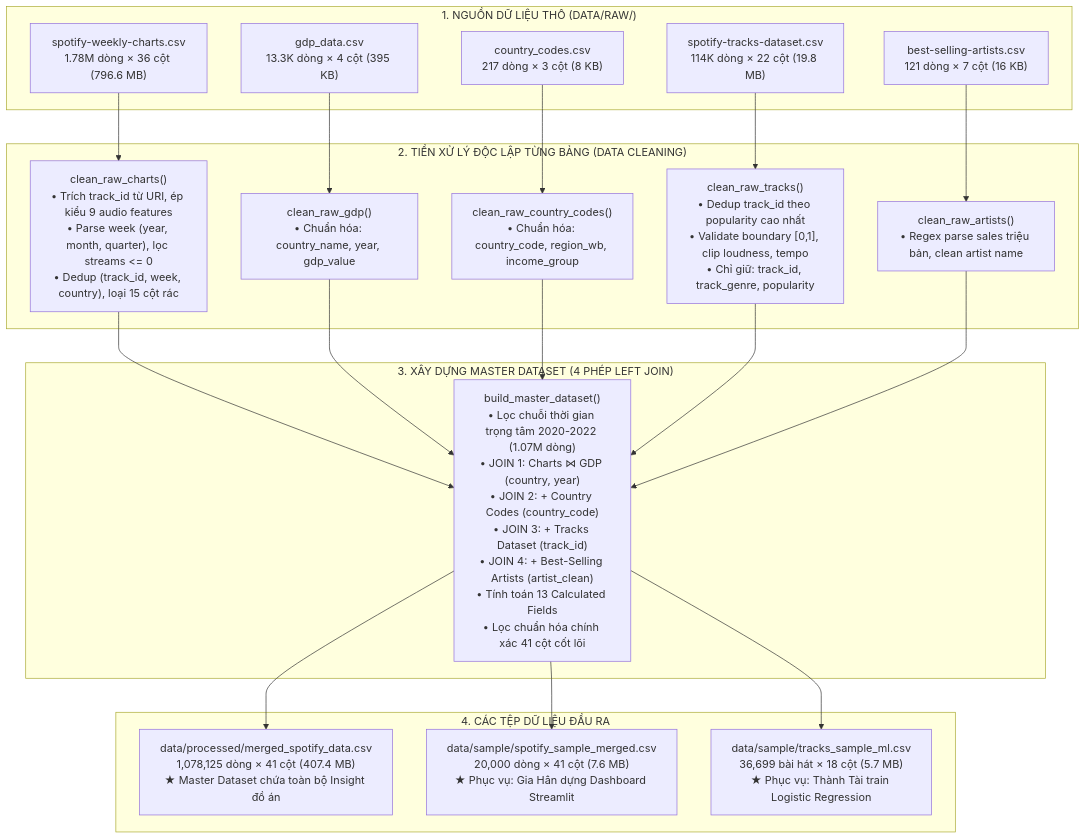
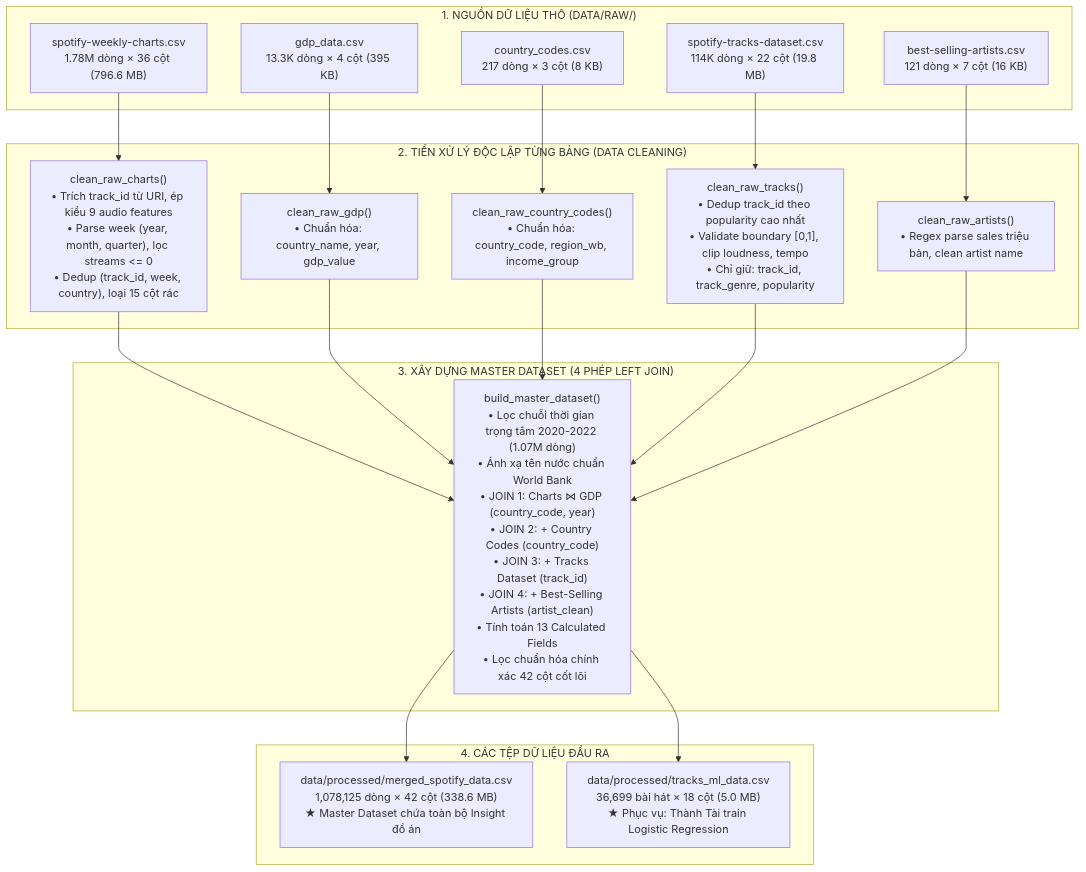
Before and after one commit to lyhiahan/Spotify_Audio_Trends_Analytics: the diagram in docs/data_processing_flow.md, drawn with Mermaid. The commit also changed other lines of this file and 12 other files, not shown here.

Commit message:
fix(etl, eda): fix GDP join (98.2% match), cast explicit to boolean, remove sample dir, update notebooks & docs

````diff
--- a/docs/data_processing_flow.md
+++ b/docs/data_processing_flow.md
@@ -32,40 +32,38 @@
 ```mermaid
 flowchart TD
     subgraph S1["1. NGUỒN DỮ LIỆU THÔ (DATA/RAW/)"]
         RAW_C["spotify-weekly-charts.csv<br/>1.78M dòng × 36 cột (796.6 MB)"]
         RAW_T["spotify-tracks-dataset.csv<br/>114K dòng × 22 cột (19.8 MB)"]
         RAW_G["gdp_data.csv<br/>13.3K dòng × 4 cột (395 KB)"]
         RAW_CC["country_codes.csv<br/>217 dòng × 3 cột (8 KB)"]
         RAW_A["best-selling-artists.csv<br/>121 dòng × 7 cột (16 KB)"]
     end
 
     subgraph S2["2. TIỀN XỬ LÝ ĐỘC LẬP TỪNG BẢNG (DATA CLEANING)"]
         CLEAN_C["clean_raw_charts()<br/>• Trích track_id từ URI, ép kiểu 9 audio features<br/>• Parse week (year, month, quarter), lọc streams <= 0<br/>• Dedup (track_id, week, country), loại 15 cột rác"]
         CLEAN_T["clean_raw_tracks()<br/>• Dedup track_id theo popularity cao nhất<br/>• Validate boundary [0,1], clip loudness, tempo<br/>• Chỉ giữ: track_id, track_genre, popularity"]
         CLEAN_A["clean_raw_artists()<br/>• Regex parse sales triệu bản, clean artist name"]
         CLEAN_G["clean_raw_gdp()<br/>• Chuẩn hóa: country_name, year, gdp_value"]
         CLEAN_CC["clean_raw_country_codes()<br/>• Chuẩn hóa: country_code, region_wb, income_group"]
     end
 
     subgraph S3["3. XÂY DỰNG MASTER DATASET (4 PHÉP LEFT JOIN)"]
-        BUILD["build_master_dataset()<br/>• Lọc chuỗi thời gian trọng tâm 2020-2022 (1.07M dòng)<br/>• JOIN 1: Charts ⋈ GDP (country, year)<br/>• JOIN 2: + Country Codes (country_code)<br/>• JOIN 3: + Tracks Dataset (track_id)<br/>• JOIN 4: + Best-Selling Artists (artist_clean)<br/>• Tính toán 13 Calculated Fields<br/>• Lọc chuẩn hóa chính xác 41 cột cốt lõi"]
+        BUILD["build_master_dataset()<br/>• Lọc chuỗi thời gian trọng tâm 2020-2022 (1.07M dòng)<br/>• Ánh xạ tên nước chuẩn World Bank<br/>• JOIN 1: Charts ⋈ GDP (country_code, year)<br/>• JOIN 2: + Country Codes (country_code)<br/>• JOIN 3: + Tracks Dataset (track_id)<br/>• JOIN 4: + Best-Selling Artists (artist_clean)<br/>• Tính toán 13 Calculated Fields<br/>• Lọc chuẩn hóa chính xác 42 cột cốt lõi"]
     end
 
     subgraph S4["4. CÁC TỆP DỮ LIỆU ĐẦU RA"]
-        OUT_M["data/processed/merged_spotify_data.csv<br/>1,078,125 dòng × 41 cột (407.4 MB)<br/>★ Master Dataset chứa toàn bộ Insight đồ án"]
-        OUT_S1["data/sample/spotify_sample_merged.csv<br/>20,000 dòng × 41 cột (7.6 MB)<br/>★ Phục vụ: Gia Hân dựng Dashboard Streamlit"]
-        OUT_S2["data/sample/tracks_sample_ml.csv<br/>36,699 bài hát × 18 cột (5.7 MB)<br/>★ Phục vụ: Thành Tài train Logistic Regression"]
+        OUT_M["data/processed/merged_spotify_data.csv<br/>1,078,125 dòng × 42 cột (338.6 MB)<br/>★ Master Dataset chứa toàn bộ Insight đồ án"]
+        OUT_S2["data/processed/tracks_ml_data.csv<br/>36,699 bài hát × 18 cột (5.0 MB)<br/>★ Phục vụ: Thành Tài train Logistic Regression"]
     end
 
     RAW_C --> CLEAN_C
     RAW_T --> CLEAN_T
     RAW_A --> CLEAN_A
     RAW_G --> CLEAN_G
     RAW_CC --> CLEAN_CC
 
     CLEAN_C & CLEAN_G & CLEAN_CC & CLEAN_T & CLEAN_A --> BUILD
 
     BUILD --> OUT_M
-    BUILD --> OUT_S1
     BUILD --> OUT_S2
 ```
````
